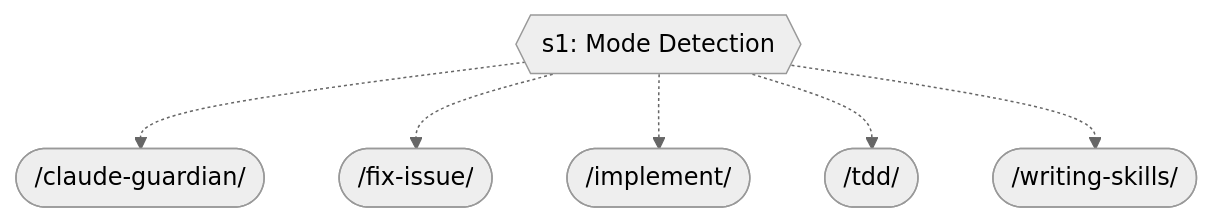
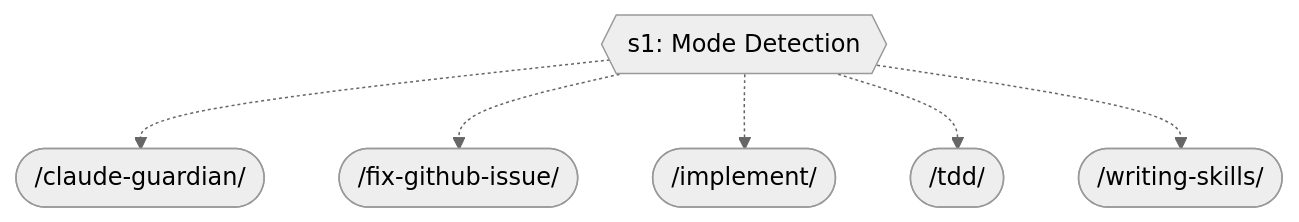
One commit to abhayla/claude-best-practices changed diagram 16 of 19 in docs/workflows/learning-self-improvement.md. Above: the diagram before and after it, drawn with Mermaid (neutral theme). The commit also changed other lines of this file and 153 other files, not shown here.

````diff
--- a/docs/workflows/learning-self-improvement.md
+++ b/docs/workflows/learning-self-improvement.md
@@ -746,14 +770,14 @@
 ```mermaid
 graph TD
     s1{{s1: Mode Detection}}
     claude_guardian_ext([/claude-guardian/])
     s1 -.-> claude_guardian_ext
-    fix_issue_ext([/fix-issue/])
-    s1 -.-> fix_issue_ext
+    fix_github_issue_ext([/fix-github-issue/])
+    s1 -.-> fix_github_issue_ext
     implement_ext([/implement/])
     s1 -.-> implement_ext
     tdd_ext([/tdd/])
     s1 -.-> tdd_ext
     writing_skills_ext([/writing-skills/])
     s1 -.-> writing_skills_ext
 ```
````
